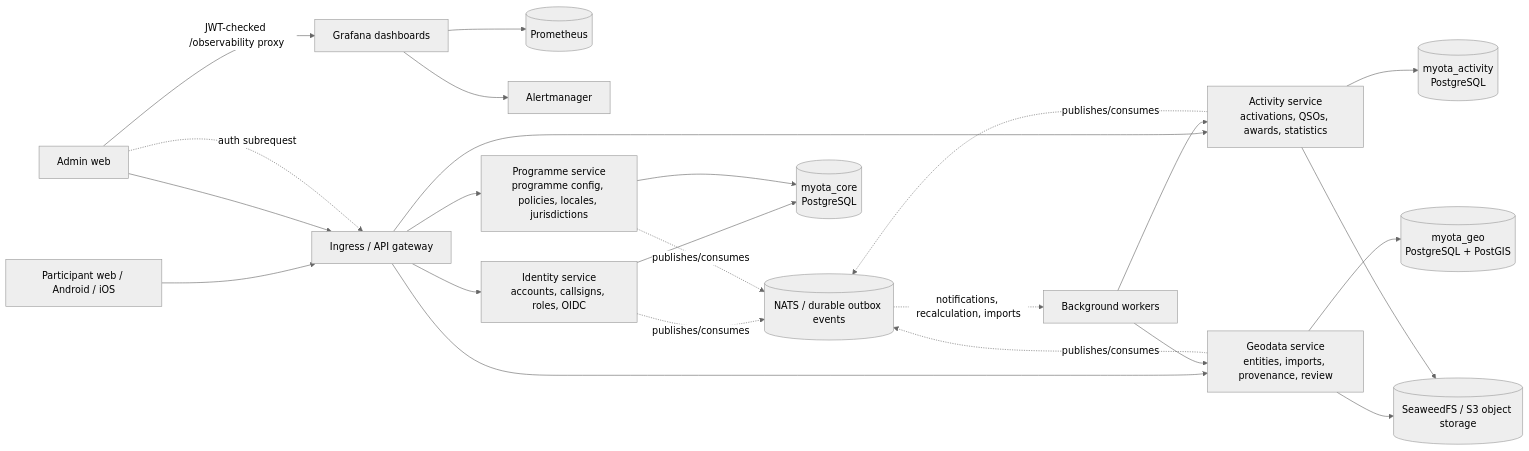
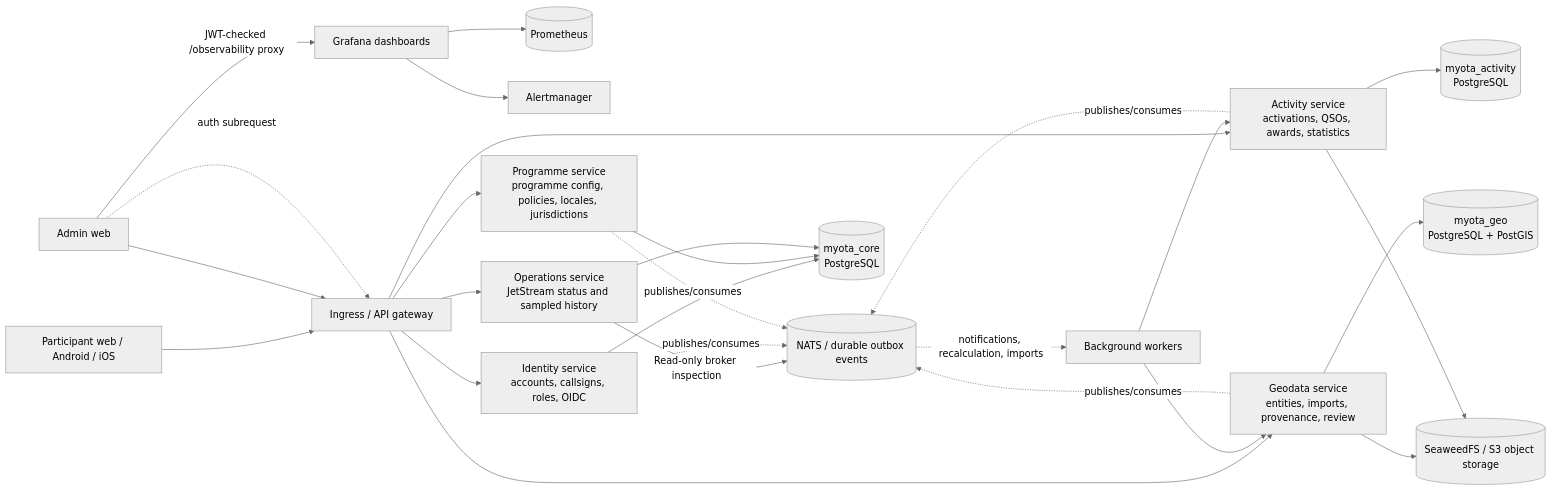
One commit to myota-platform/myota-docs changed the first of 2 diagrams in docs/diagrams/service-boundaries.md. Above: the diagram before and after it, drawn with Mermaid (neutral theme). The commit also changed 11 other files, not shown here.

First line of the commit message:
docs(architecture): close geodata process-state phase and document JetStream administration

````diff
--- a/docs/diagrams/service-boundaries.md
+++ b/docs/diagrams/service-boundaries.md
@@ -8,40 +8,43 @@
 ```mermaid
 flowchart LR
   Participant[Participant web / Android / iOS]
   Admin[Admin web]
   Grafana[Grafana dashboards]
   Prometheus[(Prometheus)]
   Alertmanager[Alertmanager]
   Gateway[Ingress / API gateway]
   Events[(NATS / durable outbox events)]
   Core[(myota_core\nPostgreSQL)]
   ActivityDB[(myota_activity\nPostgreSQL)]
   GeoDB[(myota_geo\nPostgreSQL + PostGIS)]
   Objects[(SeaweedFS / S3 object storage)]
 
   Participant --> Gateway
   Admin --> Gateway
   Admin -->|JWT-checked /observability proxy| Grafana
   Admin -. auth subrequest .-> Gateway
   Grafana --> Prometheus
   Grafana --> Alertmanager
   Gateway --> Identity[Identity service\naccounts, callsigns, roles, OIDC]
   Gateway --> Programme[Programme service\nprogramme config, policies, locales, jurisdictions]
   Gateway --> Geodata[Geodata service\nentities, imports, provenance, review]
   Gateway --> Activity[Activity service\nactivations, QSOs, awards, statistics]
+  Gateway --> Operations[Operations service\nJetStream status and sampled history]
 
   Identity --> Core
   Programme --> Core
+  Operations --> Core
+  Operations -->|Read-only broker inspection| Events
   Geodata --> GeoDB
   Activity --> ActivityDB
   Geodata --> Objects
   Activity --> Objects
 
   Identity -. publishes/consumes .-> Events
   Programme -. publishes/consumes .-> Events
   Geodata -. publishes/consumes .-> Events
   Activity -. publishes/consumes .-> Events
   Events -. notifications, recalculation, imports .-> Workers[Background workers]
   Workers --> Activity
   Workers --> Geodata
 ```
````
